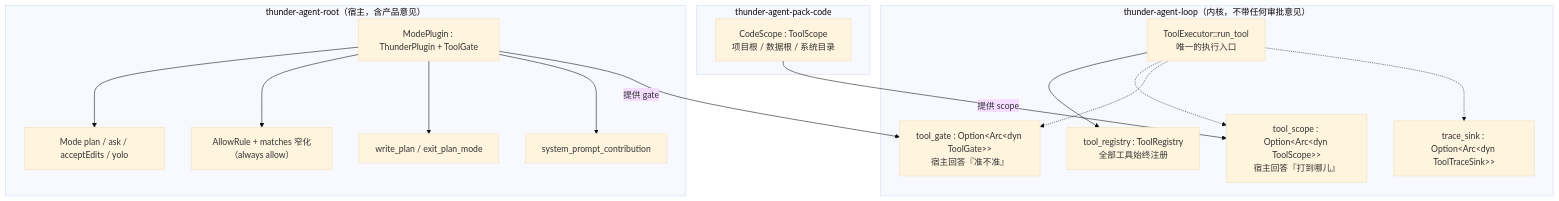
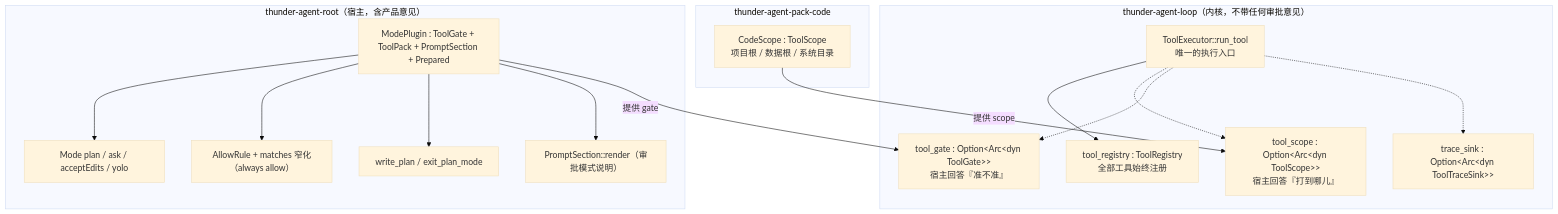
The first of 6 diagrams in docs/permission-structure.md (lucacicii/thunder), drawn with Mermaid (base theme) before and after one commit. The commit also changed 3 other files, not shown here.

First line of the commit message:
docs: refresh the architecture for the policy split and host assembly

````diff
--- a/docs/permission-structure.md
+++ b/docs/permission-structure.md
@@ -34,33 +34,33 @@
 ```mermaid
 flowchart TB
     subgraph KERNEL["thunder-agent-loop（内核，不带任何审批意见）"]
         REG["tool_registry : ToolRegistry<br/>全部工具始终注册"]
         SCOPE["tool_scope : Option&lt;Arc&lt;dyn ToolScope&gt;&gt;<br/>宿主回答『打到哪儿』"]
         GATE["tool_gate : Option&lt;Arc&lt;dyn ToolGate&gt;&gt;<br/>宿主回答『准不准』"]
         SINK["trace_sink : Option&lt;Arc&lt;dyn ToolTraceSink&gt;&gt;"]
         RUN["ToolExecutor::run_tool<br/>唯一的执行入口"]
         RUN --> REG
         RUN -.-> SCOPE
         RUN -.-> GATE
         RUN -.-> SINK
     end
 
     subgraph HOST["thunder-agent-root（宿主，含产品意见）"]
-        MODE["ModePlugin : ThunderPlugin + ToolGate"]
+        MODE["ModePlugin : ToolGate + ToolPack + PromptSection + Prepared"]
         M1["Mode plan / ask / acceptEdits / yolo"]
         M2["AllowRule + matches 窄化（always allow）"]
         M3["write_plan / exit_plan_mode"]
-        M4["system_prompt_contribution"]
+        M4["PromptSection::render（审批模式说明）"]
         MODE --> M1
         MODE --> M2
         MODE --> M3
         MODE --> M4
     end
 
     subgraph PACK["thunder-agent-pack-code"]
         CS["CodeScope : ToolScope<br/>项目根 / 数据根 / 系统目录"]
     end
 
     MODE -->|"提供 gate"| GATE
     CS -->|"提供 scope"| SCOPE
 ```
````
